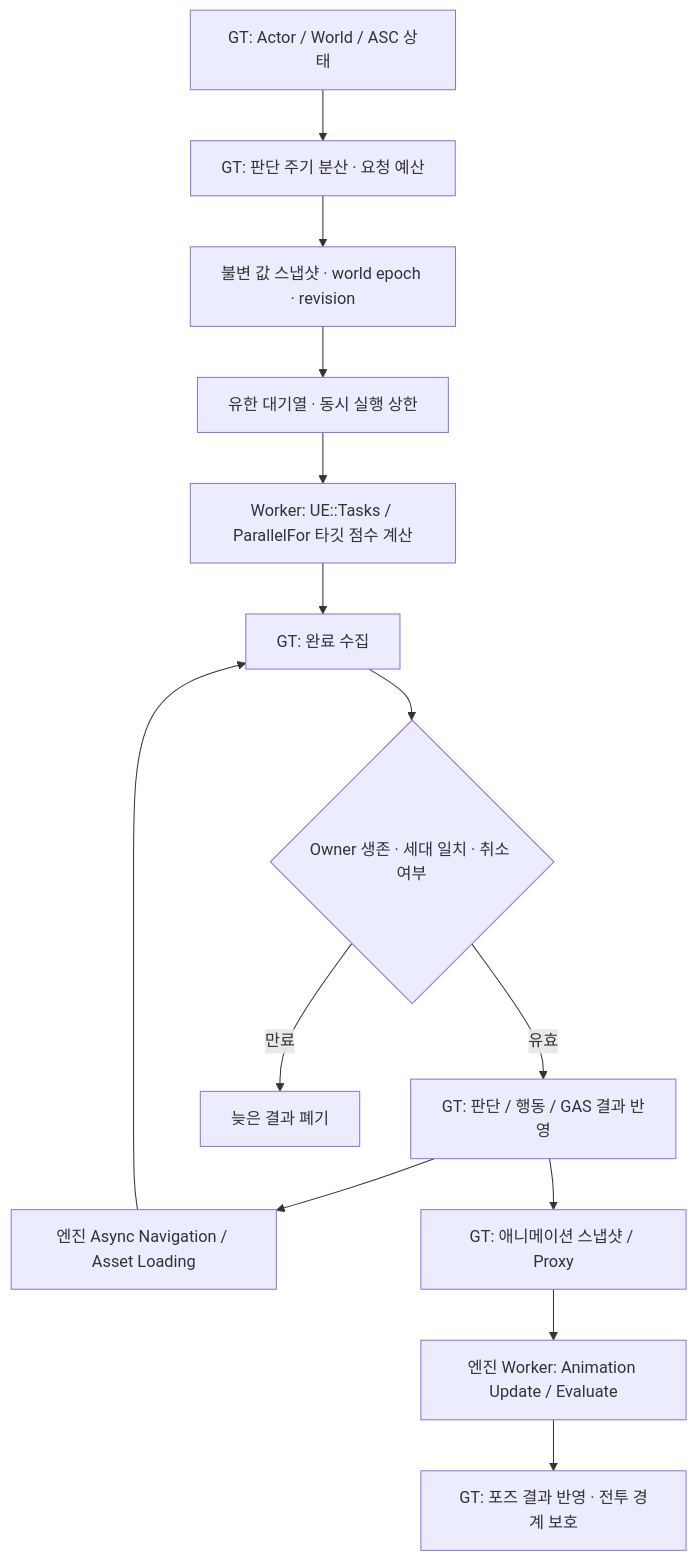
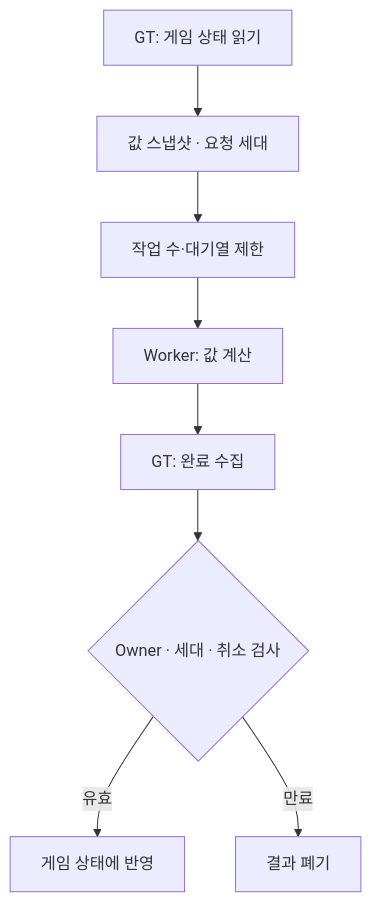
One commit to dpqksr5501/Project_J changed the diagram in README.md. Above: the diagram before and after it, drawn with Mermaid. The commit also changed other lines of this file and 10 other files, not shown here.

````diff
--- a/README.md
+++ b/README.md
@@ -130,16 +34,10 @@
 ```mermaid
 flowchart TD
-    S["GT: Actor / World / ASC 상태"] --> D["GT: 판단 주기 분산 · 요청 예산"]
-    D --> V["불변 값 스냅샷 · world epoch · revision"]
-    V --> Q["유한 대기열 · 동시 실행 상한"]
-    Q --> W["Worker: UE::Tasks / ParallelFor 타깃 점수 계산"]
+    S["GT: 게임 상태 읽기"] --> V["값 스냅샷 · 요청 세대"]
+    V --> Q["작업 수·대기열 제한"]
+    Q --> W["Worker: 값 계산"]
     W --> C["GT: 완료 수집"]
-    C --> G{"Owner 생존 · 세대 일치 · 취소 여부"}
-    G -->|유효| A["GT: 판단 / 행동 / GAS 결과 반영"]
-    G -->|만료| X["늦은 결과 폐기"]
-    A --> N["엔진 Async Navigation / Asset Loading"]
-    N --> C
-    A --> P["GT: 애니메이션 스냅샷 / Proxy"]
-    P --> E["엔진 Worker: Animation Update / Evaluate"]
-    E --> R["GT: 포즈 결과 반영 · 전투 경계 보호"]
+    C --> G{"Owner · 세대 · 취소 검사"}
+    G -->|유효| A["게임 상태에 반영"]
+    G -->|만료| X["결과 폐기"]
 ```
````
